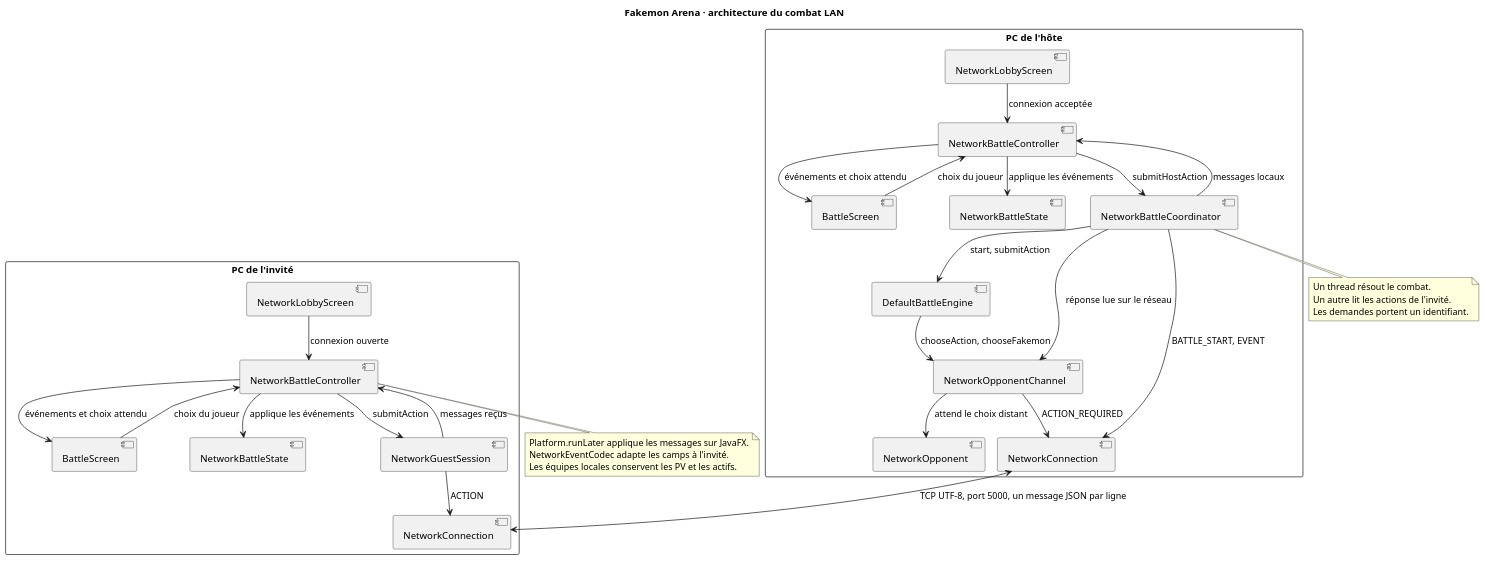
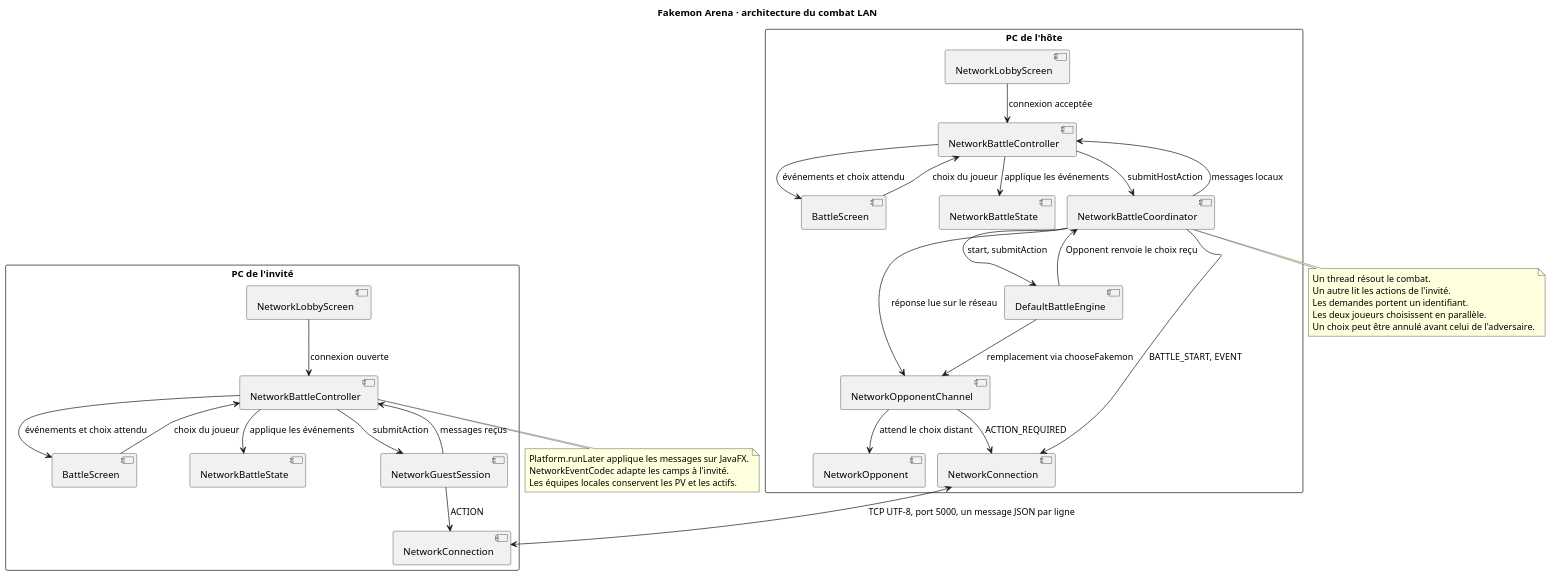
Before and after one commit to OnerAliCan/fakemon-arena: the diagram in docs/uml/architecture-lan.puml, drawn with PlantUML. The commit also changed 14 other files, not shown here.

```diff
--- a/docs/uml/architecture-lan.puml
+++ b/docs/uml/architecture-lan.puml
@@ -1,59 +1,62 @@
 @startuml architecture-lan
 !pragma layout smetana
 skinparam dpi 110
 skinparam shadowing false
 skinparam defaultFontName "Segoe UI"
 skinparam packageStyle rectangle
 title Fakemon Arena · architecture du combat LAN
 
 package "PC de l'hôte" {
   [NetworkLobbyScreen] as LobbyHost
   [BattleScreen] as ScreenHost
   [NetworkBattleController] as ControllerHost
   [NetworkBattleCoordinator] as Coordinator
   [DefaultBattleEngine] as Engine
   [NetworkOpponentChannel] as Channel
   [NetworkOpponent] as Opponent
   [NetworkConnection] as ConnectionHost
   [NetworkBattleState] as StateHost
 }
 package "PC de l'invité" {
   [NetworkLobbyScreen] as LobbyGuest
   [BattleScreen] as ScreenGuest
   [NetworkBattleController] as ControllerGuest
   [NetworkGuestSession] as Guest
   [NetworkConnection] as ConnectionGuest
   [NetworkBattleState] as StateGuest
 }
 LobbyHost --> ControllerHost : connexion acceptée
 LobbyGuest --> ControllerGuest : connexion ouverte
 ScreenHost --> ControllerHost : choix du joueur
 ControllerHost --> Coordinator : submitHostAction
 Coordinator --> Engine : start, submitAction
-Engine --> Channel : chooseAction, chooseFakemon
+Engine --> Coordinator : Opponent renvoie le choix reçu
+Engine --> Channel : remplacement via chooseFakemon
 Channel --> Opponent : attend le choix distant
 Coordinator --> Channel : réponse lue sur le réseau
 Channel --> ConnectionHost : ACTION_REQUIRED
 Coordinator --> ConnectionHost : BATTLE_START, EVENT
 Coordinator --> ControllerHost : messages locaux
 ControllerHost --> StateHost : applique les événements
 ControllerHost --> ScreenHost : événements et choix attendu
 ScreenGuest --> ControllerGuest : choix du joueur
 ControllerGuest --> Guest : submitAction
 Guest --> ConnectionGuest : ACTION
 ConnectionHost <--> ConnectionGuest : TCP UTF-8, port 5000, un message JSON par ligne
 Guest --> ControllerGuest : messages reçus
 ControllerGuest --> StateGuest : applique les événements
 ControllerGuest --> ScreenGuest : événements et choix attendu
 
 note bottom of Coordinator
   Un thread résout le combat.
   Un autre lit les actions de l'invité.
   Les demandes portent un identifiant.
+  Les deux joueurs choisissent en parallèle.
+  Un choix peut être annulé avant celui de l'adversaire.
 end note
 note bottom of ControllerGuest
   Platform.runLater applique les messages sur JavaFX.
   NetworkEventCodec adapte les camps à l'invité.
   Les équipes locales conservent les PV et les actifs.
 end note
 @enduml
```
